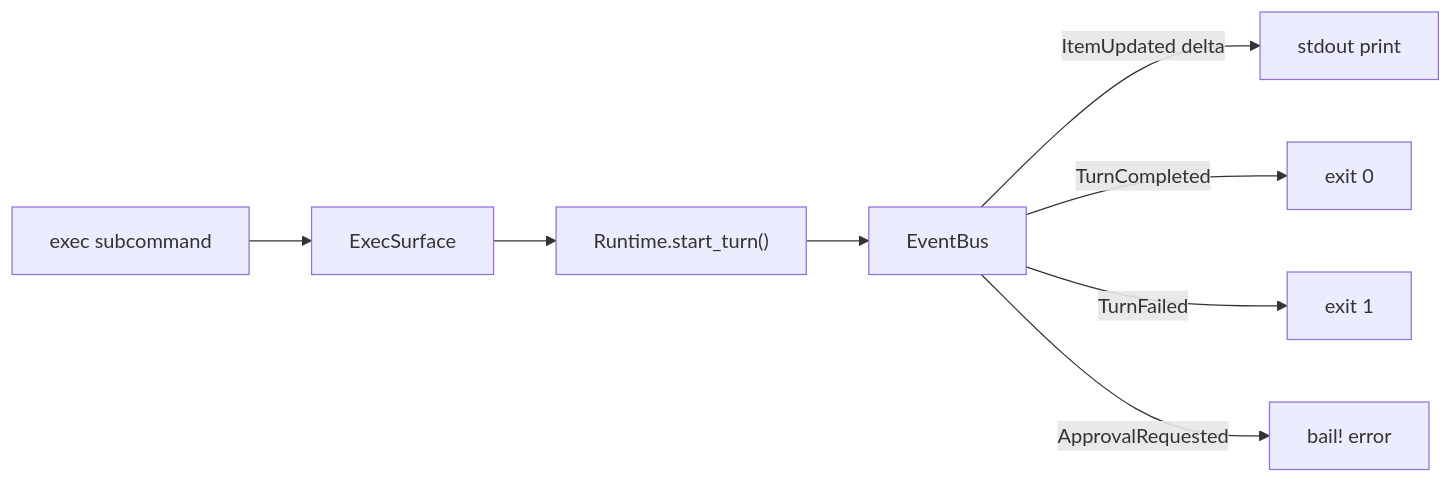
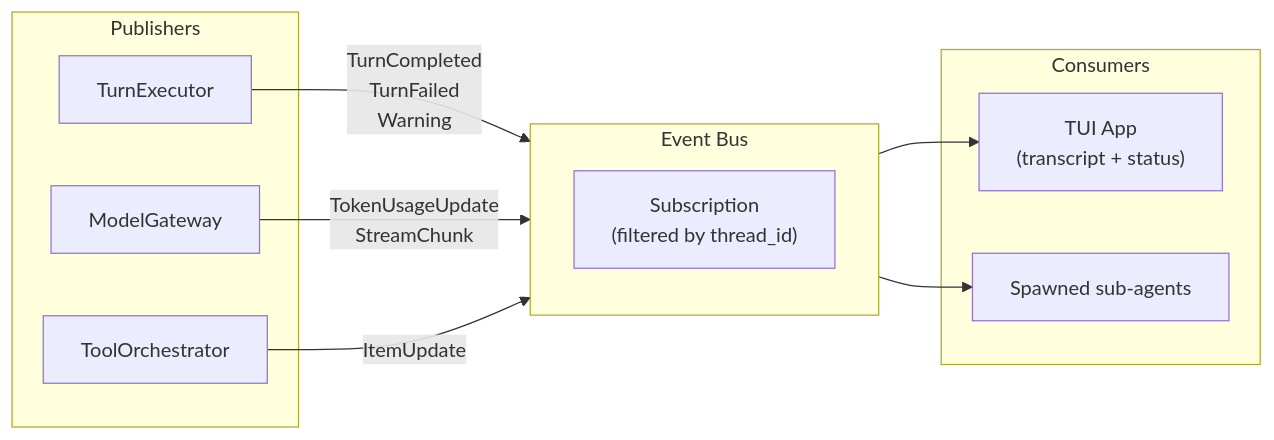
Before and after one commit to basadi-dev/codezilla: the sixth of 8 diagrams in docs/ARCHITECTURE.md, drawn with Mermaid. The commit also changed other lines of this file and 2 other files, not shown here.

Commit message:
refactor: simplify TUI history retrieval and enhance tool output formatting in architecture documentation

````diff
--- a/docs/ARCHITECTURE.md
+++ b/docs/ARCHITECTURE.md
@@ -540,10 +209,23 @@
 ```mermaid
 flowchart LR
-    CLI["exec subcommand"] --> ES["ExecSurface"]
-    ES --> RT["Runtime.start_turn()"]
-    RT --> EB["EventBus"]
-    EB -->|ItemUpdated delta| stdout["stdout print"]
-    EB -->|TurnCompleted| exit0["exit 0"]
-    EB -->|TurnFailed| exit1["exit 1"]
-    EB -->|ApprovalRequested| bail["bail! error"]
+    subgraph Publishers
+        TE["TurnExecutor"]
+        MG["ModelGateway"]
+        TO["ToolOrchestrator"]
+    end
+
+    subgraph EventBus["Event Bus"]
+        sub["Subscription<br/>(filtered by thread_id)"]
+    end
+
+    subgraph Consumers
+        TUI["TUI App<br/>(transcript + status)"]
+        SA["Spawned sub-agents"]
+    end
+
+    TE -->|TurnCompleted<br/>TurnFailed<br/>Warning| EventBus
+    MG -->|TokenUsageUpdate<br/>StreamChunk| EventBus
+    TO -->|ItemUpdate| EventBus
+    EventBus --> TUI
+    EventBus --> SA
 ```
````
